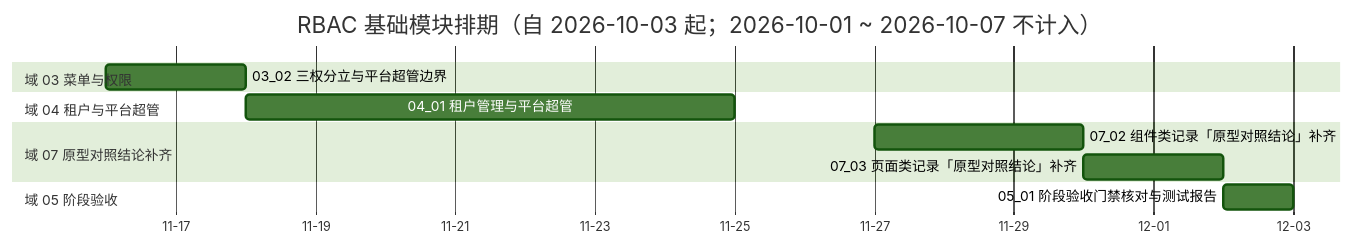
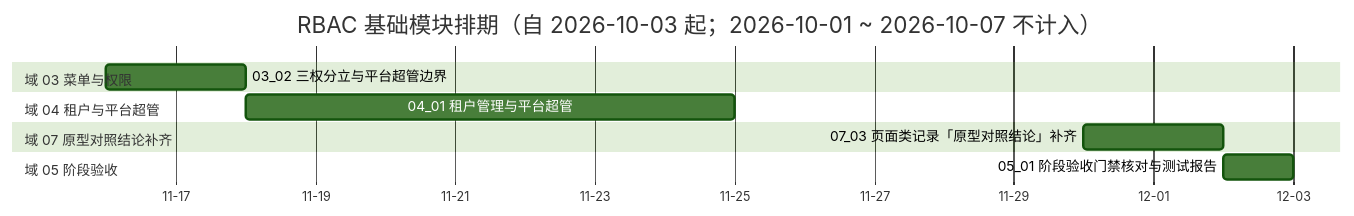
One commit to minjian123/basic-management-system changed the diagram in bms文档/项目/07_RBAC基础模块/计划/01_计划_RBAC基础模块.md. Above: the diagram before and after it, drawn with Mermaid (forest theme). The commit also changed other lines of this file and 32 other files, not shown here.

````diff
--- a/bms文档/项目/07_RBAC基础模块/计划/01_计划_RBAC基础模块.md
+++ b/bms文档/项目/07_RBAC基础模块/计划/01_计划_RBAC基础模块.md
@@ -63,17 +65,16 @@
 ```mermaid
 gantt
     title RBAC 基础模块排期（自 2026-10-03 起；2026-10-01 ~ 2026-10-07 不计入）
     dateFormat  YYYY-MM-DD
     axisFormat %m-%d
     section 域 01 插件化挂接
     section 域 03 菜单与权限
     03_02 三权分立与平台超管边界 :a0302, 2026-11-16, 2d
     section 域 02 用户与角色
     section 域 04 租户与平台超管
     04_01 租户管理与平台超管 :a0401, 2026-11-18, 7d
     section 域 07 原型对照结论补齐
-    07_02 组件类记录「原型对照结论」补齐 :a0702, 2026-11-27, 3d
     07_03 页面类记录「原型对照结论」补齐 :a0703, 2026-11-30, 2d
     section 域 05 阶段验收
     05_01 阶段验收门禁核对与测试报告 :a0501, 2026-12-02, 1d
 ```
````
